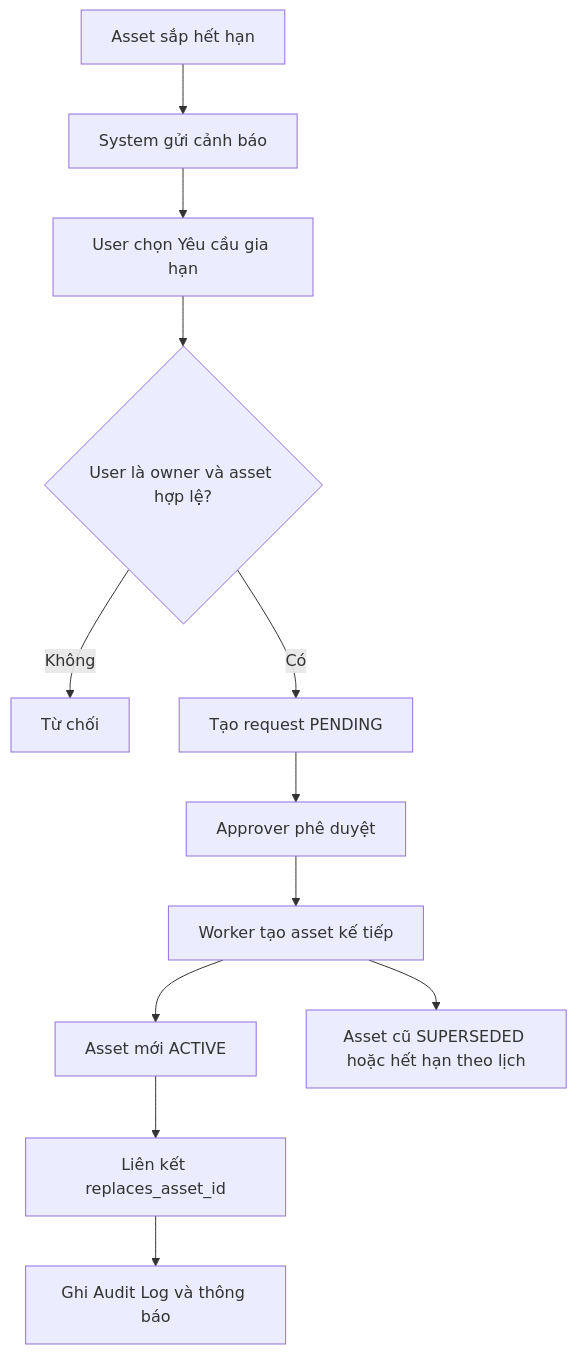
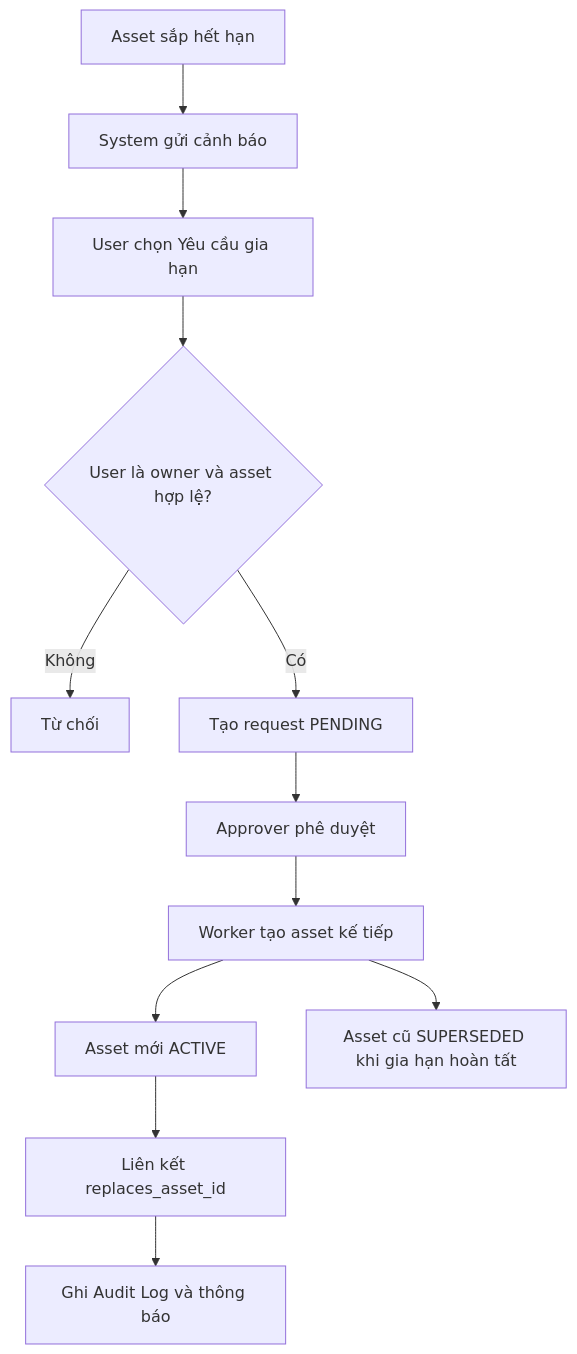
Before and after one commit to Eyblcat12/Cryta: the fourth of 9 diagrams in 01_luong_hoat_dong_he_thong.md, drawn with Mermaid. The commit also changed other lines of this file and 356 other files, not shown here.

````diff
--- a/01_luong_hoat_dong_he_thong.md
+++ b/01_luong_hoat_dong_he_thong.md
@@ -157,14 +162,14 @@
 ```mermaid
 flowchart TD
     A["Asset sắp hết hạn"] --> N["System gửi cảnh báo"]
     N --> U["User chọn Yêu cầu gia hạn"]
     U --> V{"User là owner và asset hợp lệ?"}
     V -->|"Không"| D["Từ chối"]
     V -->|"Có"| P["Tạo request PENDING"]
     P --> AP["Approver phê duyệt"]
     AP --> W["Worker tạo asset kế tiếp"]
     W --> NEW["Asset mới ACTIVE"]
-    W --> OLD["Asset cũ SUPERSEDED hoặc hết hạn theo lịch"]
+    W --> OLD["Asset cũ SUPERSEDED khi gia hạn hoàn tất"]
     NEW --> LINK["Liên kết replaces_asset_id"]
     LINK --> LOG["Ghi Audit Log và thông báo"]
 ```
````
